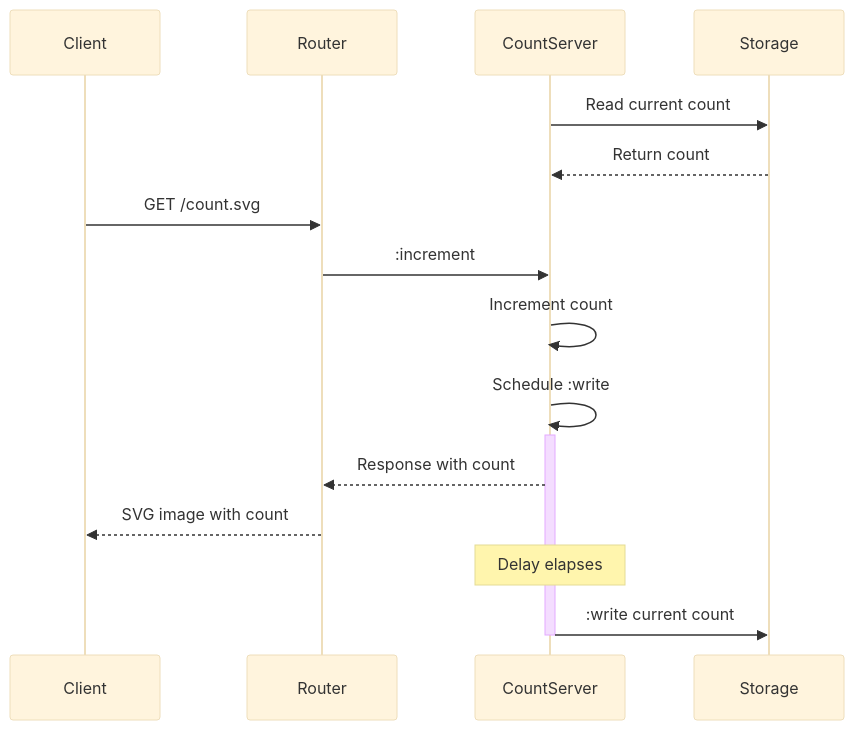
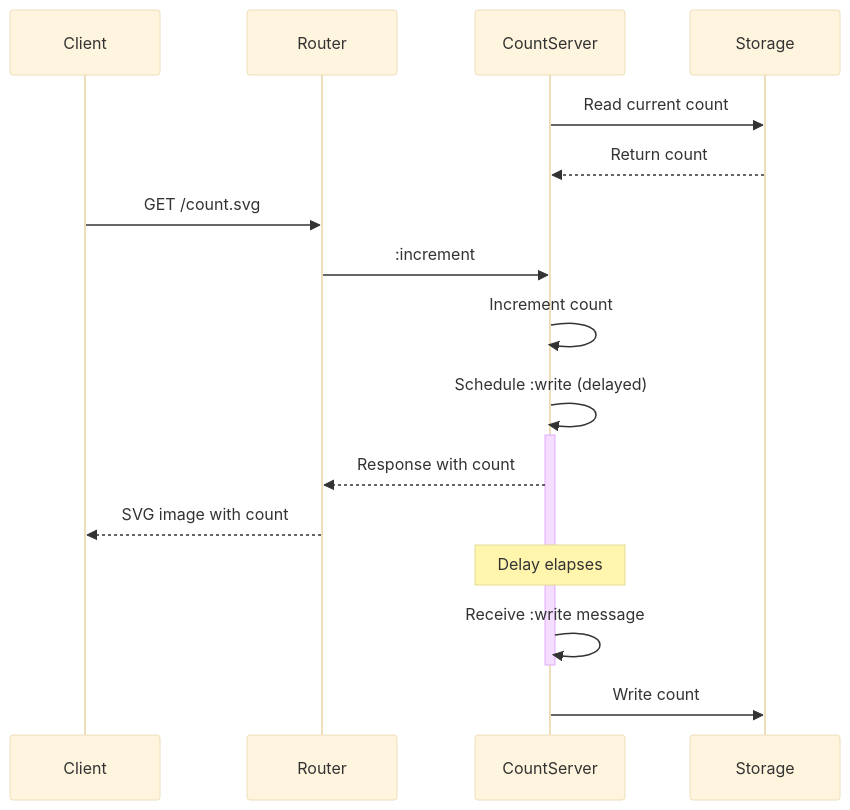
Before and after one commit to jmp/retro_counter: the diagram in README.md, drawn with Mermaid (base theme).

Commit message:
Make diagram clearer

````diff
--- a/README.md
+++ b/README.md
@@ -29,24 +29,19 @@
 ```mermaid
 sequenceDiagram
     participant Client
     participant Router
     participant CountServer
     participant Storage
     
     CountServer->>Storage: Read current count
     Storage-->>CountServer: Return count
-    
     Client->>Router: GET /count.svg
     Router->>CountServer: :increment
     CountServer->>CountServer: Increment count
-    
-    CountServer->>CountServer: Schedule :write
-    activate CountServer
-    
+    CountServer->>+CountServer: Schedule :write (delayed)
     CountServer-->>Router: Response with count
     Router-->>Client: SVG image with count
-    
     Note over CountServer: Delay elapses
-    CountServer->>Storage: :write current count
-    deactivate CountServer
+    CountServer->>-CountServer: Receive :write message
+    CountServer->>Storage: Write count
 ```
````
